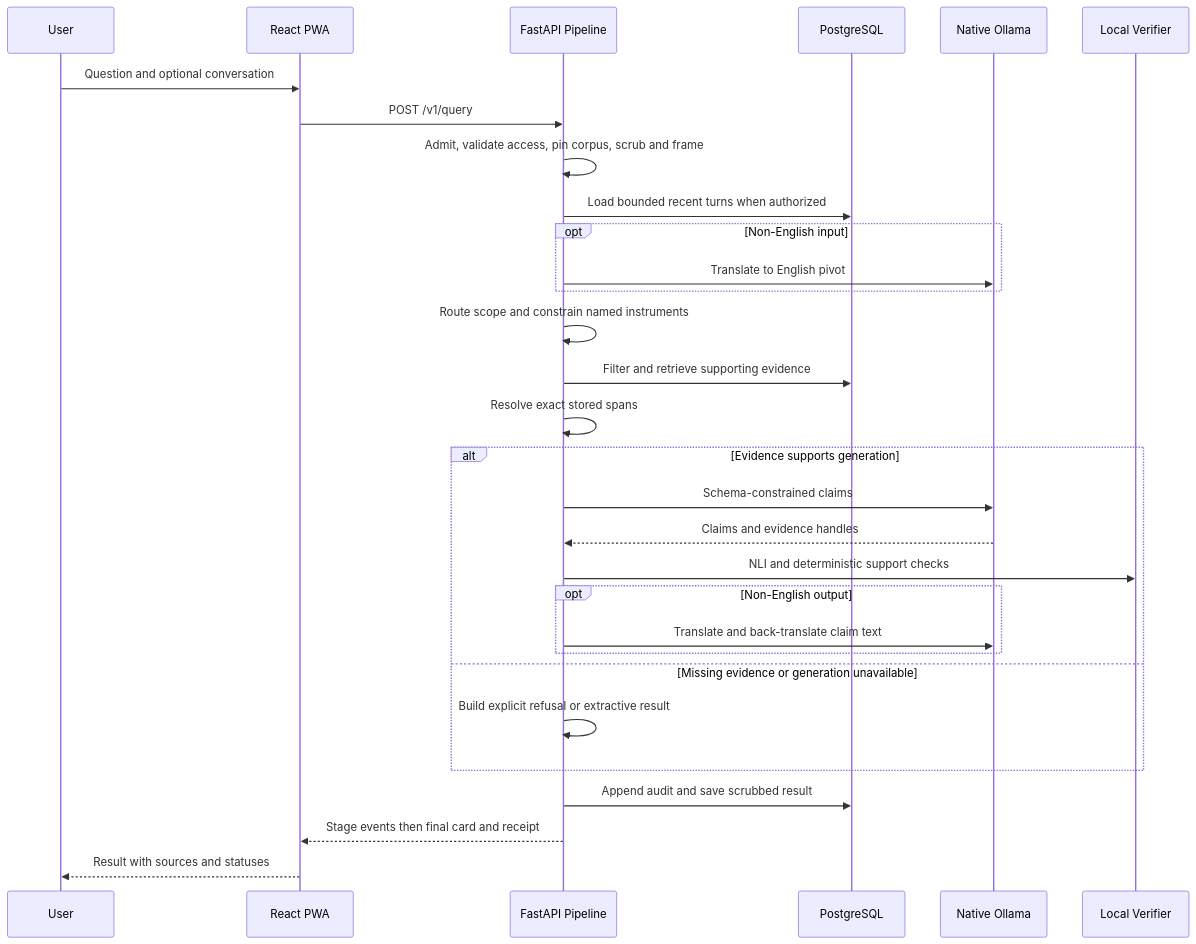
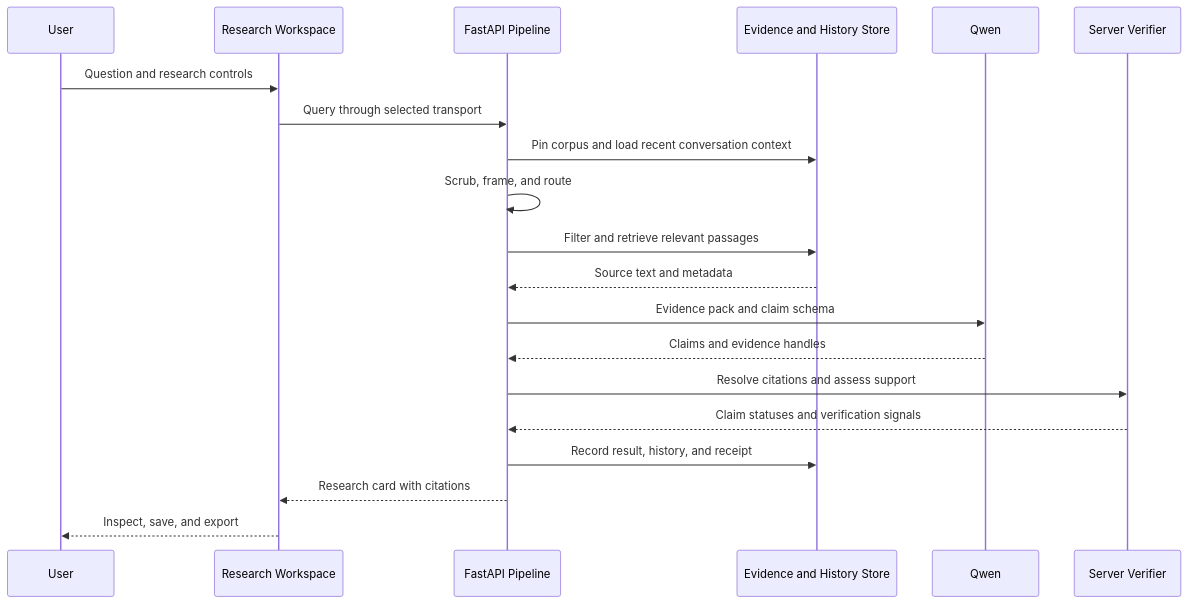
Before and after one commit to sarthakv162/PRAMANA-SIH: the second of 3 diagrams in README.md, drawn with Mermaid. The commit also changed other lines of this file, not shown here.

````diff
--- a/README.md
+++ b/README.md
@@ -202,33 +190,22 @@
 ```mermaid
 sequenceDiagram
     participant User
-    participant PWA as React PWA
+    participant UI as Research Workspace
     participant API as FastAPI Pipeline
-    participant DB as PostgreSQL
-    participant Local as Native Ollama
-    participant Verifier as Local Verifier
-
-    User->>PWA: Question and optional conversation
-    PWA->>API: POST /v1/query
-    API->>API: Admit, validate access, pin corpus, scrub and frame
-    API->>DB: Load bounded recent turns when authorized
-    opt Non-English input
-        API->>Local: Translate to English pivot
-    end
-    API->>API: Route scope and constrain named instruments
-    API->>DB: Filter and retrieve supporting evidence
-    API->>API: Resolve exact stored spans
-    alt Evidence supports generation
-        API->>Local: Schema-constrained claims
-        Local-->>API: Claims and evidence handles
-        API->>Verifier: NLI and deterministic support checks
-        opt Non-English output
-            API->>Local: Translate and back-translate claim text
-        end
-    else Missing evidence or generation unavailable
-        API->>API: Build explicit refusal or extractive result
-    end
-    API->>DB: Append audit and save scrubbed result
-    API-->>PWA: Stage events then final card and receipt
-    PWA-->>User: Result with sources and statuses
+    participant DB as Evidence and History Store
+    participant Model as Qwen
+    participant Check as Server Verifier
+    User->>UI: Question and research controls
+    UI->>API: Query through selected transport
+    API->>DB: Pin corpus and load recent conversation context
+    API->>API: Scrub, frame, and route
+    API->>DB: Filter and retrieve relevant passages
+    DB-->>API: Source text and metadata
+    API->>Model: Evidence pack and claim schema
+    Model-->>API: Claims and evidence handles
+    API->>Check: Resolve citations and assess support
+    Check-->>API: Claim statuses and verification signals
+    API->>DB: Record result, history, and receipt
+    API-->>UI: Research card with citations
+    UI-->>User: Inspect, save, and export
 ```
````
